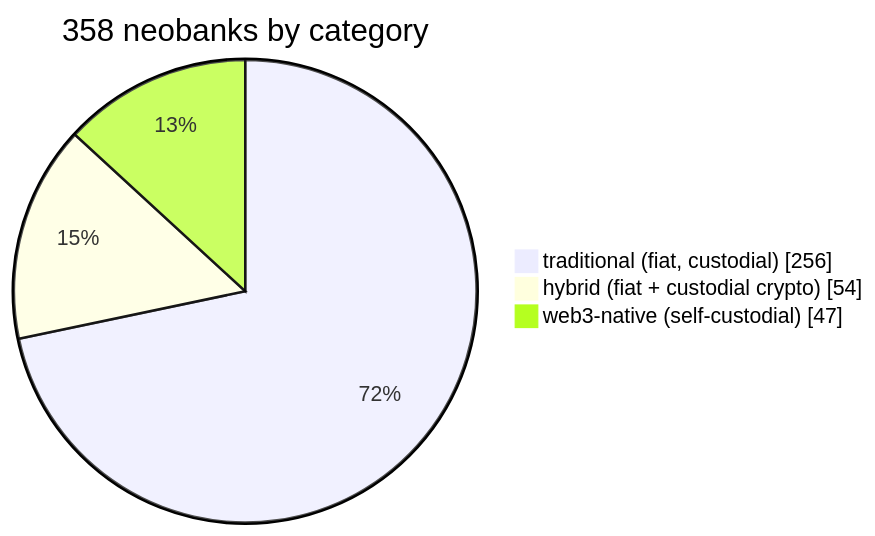
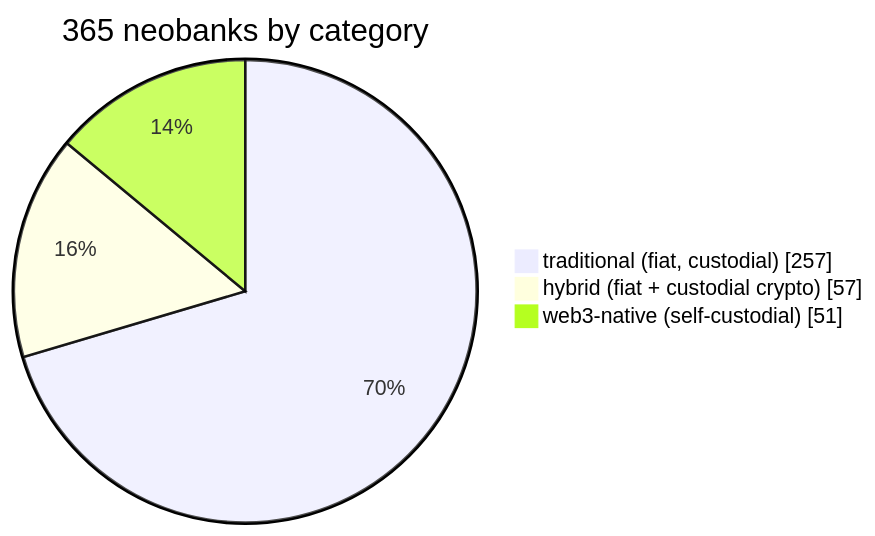
Before and after one commit to andreolf/neobankbeat: the first of 3 diagrams in README.md, drawn with Mermaid. The commit also changed other lines of this file and 16 other files, not shown here.

````diff
--- a/README.md
+++ b/README.md
@@ -41,6 +41,6 @@
 ```mermaid
-pie showData title 358 neobanks by category
-    "traditional (fiat, custodial)" : 256
-    "hybrid (fiat + custodial crypto)" : 54
-    "web3-native (self-custodial)" : 47
+pie showData title 365 neobanks by category
+    "traditional (fiat, custodial)" : 257
+    "hybrid (fiat + custodial crypto)" : 57
+    "web3-native (self-custodial)" : 51
 ```
````
